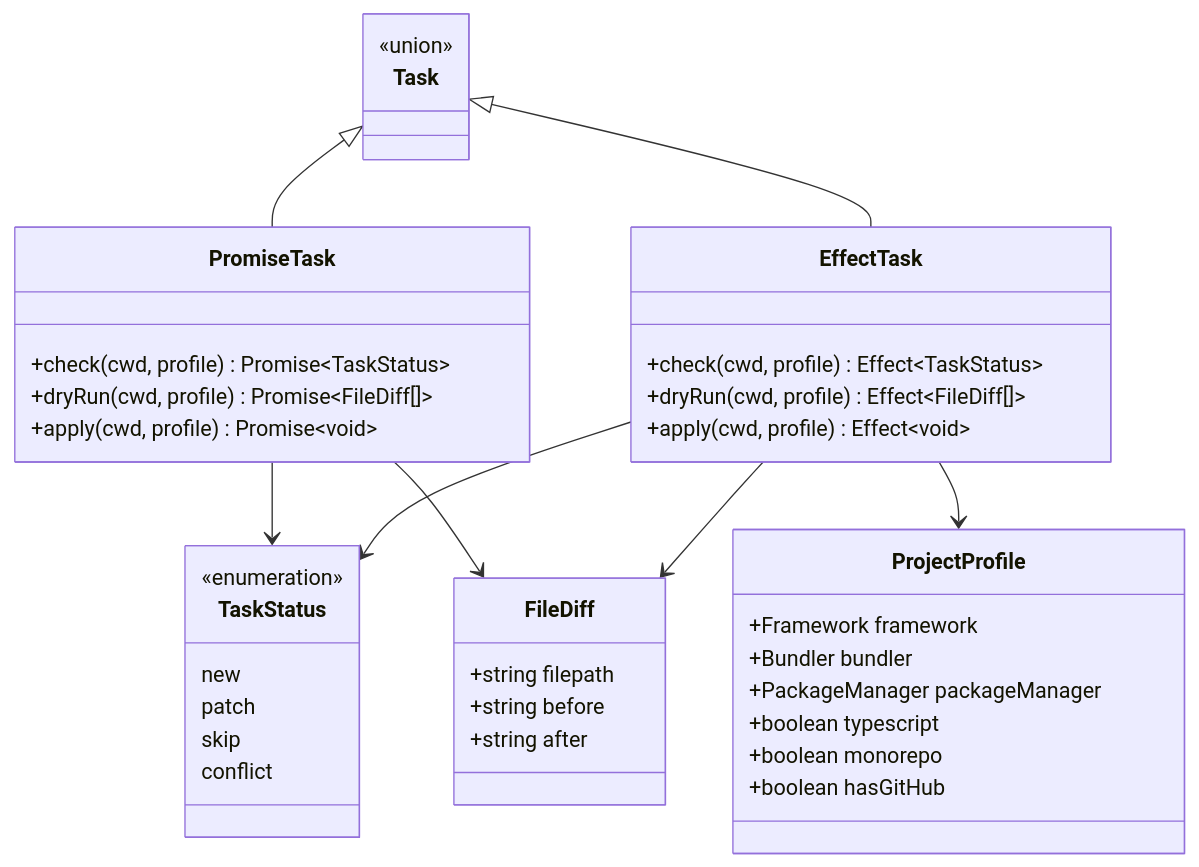
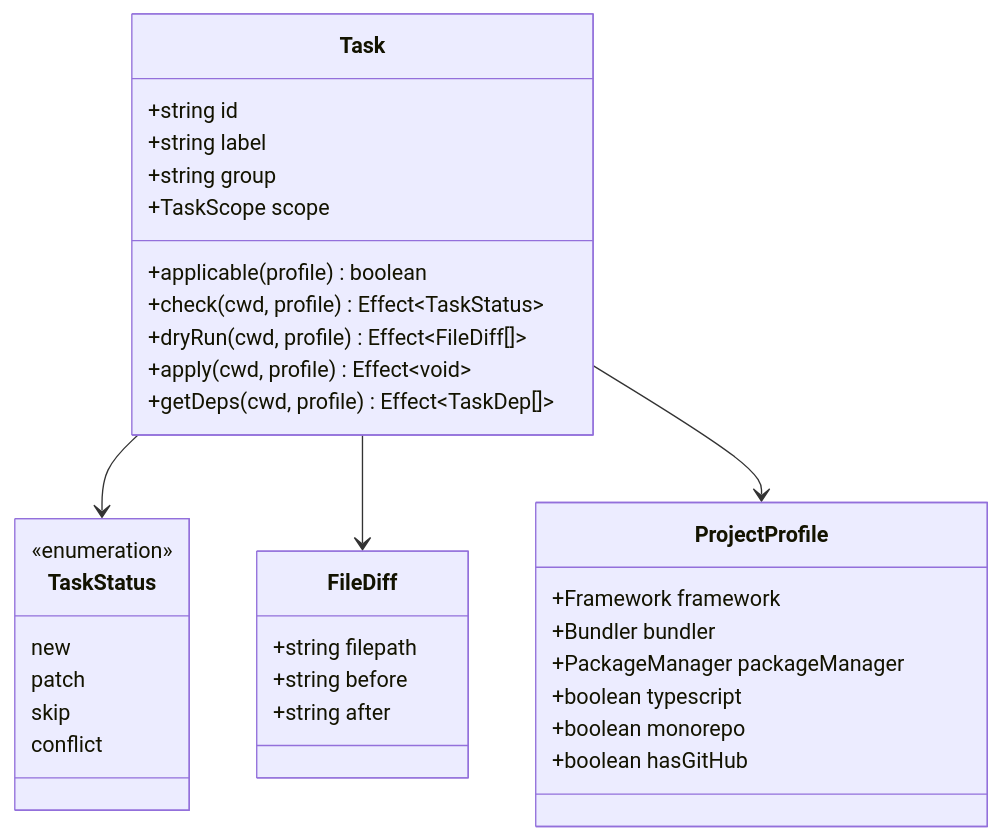
The diagram in apps/docs/src/content/docs/xtarterize/contributing/tasks/overview.mdx (agustinusnathaniel/xtarter), drawn with Mermaid before and after one commit. The commit also changed other lines of this file and 13 other files, not shown here.

````diff
--- a/apps/docs/src/content/docs/xtarterize/contributing/tasks/overview.mdx
+++ b/apps/docs/src/content/docs/xtarterize/contributing/tasks/overview.mdx
@@ -64,43 +55,37 @@
 ```mermaid
 classDiagram
     class Task {
-        <<union>>
-    }
-    class PromiseTask {
-        +check(cwd, profile) Promise~TaskStatus~
-        +dryRun(cwd, profile) Promise~FileDiff[]~
-        +apply(cwd, profile) Promise~void~
-    }
-    class EffectTask {
+        +string id
+        +string label
+        +string group
+        +TaskScope scope
+        +applicable(profile) boolean
         +check(cwd, profile) Effect~TaskStatus~
         +dryRun(cwd, profile) Effect~FileDiff[]~
         +apply(cwd, profile) Effect~void~
+        +getDeps(cwd, profile) Effect~TaskDep[]~
     }
     class TaskStatus {
         <<enumeration>>
         new
         patch
         skip
         conflict
     }
     class FileDiff {
         +string filepath
         +string before
         +string after
     }
     class ProjectProfile {
         +Framework framework
         +Bundler bundler
         +PackageManager packageManager
         +boolean typescript
         +boolean monorepo
         +boolean hasGitHub
     }
-    Task <|-- PromiseTask
-    Task <|-- EffectTask
-    PromiseTask --> TaskStatus
-    EffectTask --> TaskStatus
-    PromiseTask --> FileDiff
-    EffectTask --> FileDiff
-    EffectTask --> ProjectProfile
+    Task --> TaskStatus
+    Task --> FileDiff
+    Task --> ProjectProfile
 ```
````
